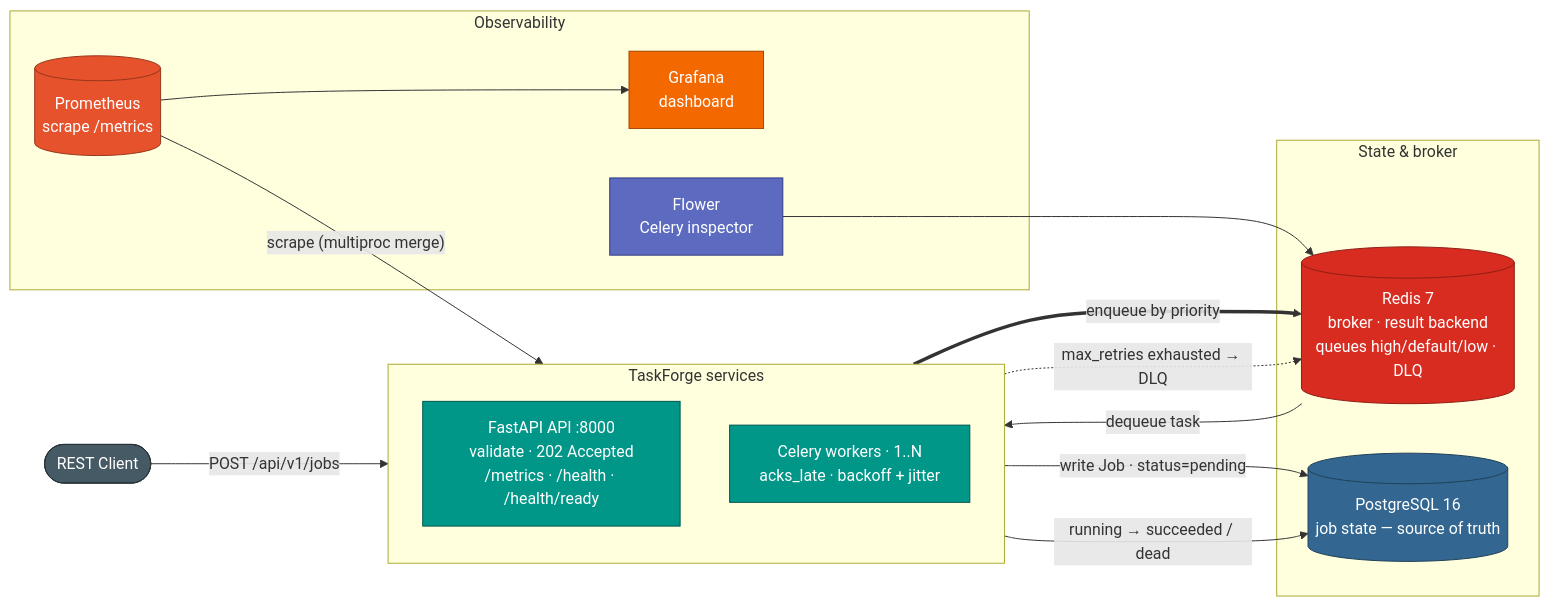
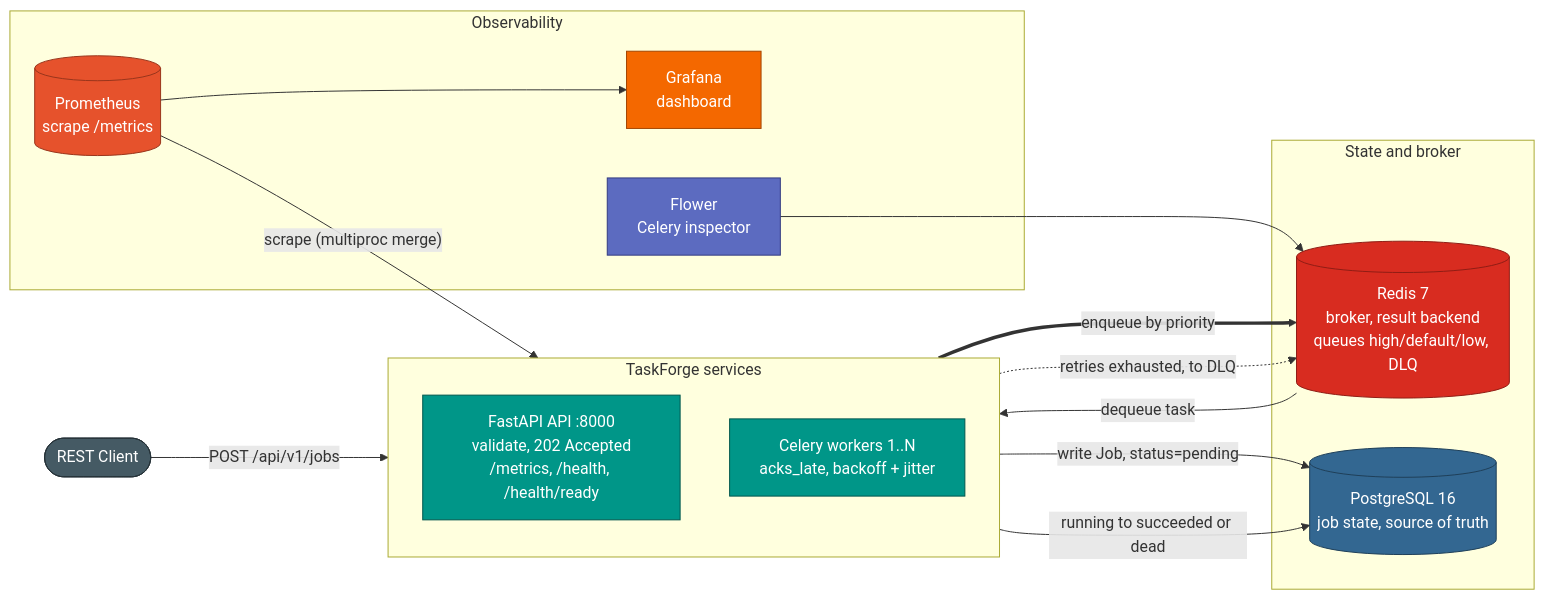
One commit to JaithraSarma/TaskForge changed the diagram in README.md. Above: the diagram before and after it, drawn with Mermaid. The commit also changed other lines of this file, not shown here.

````diff
--- a/README.md
+++ b/README.md
@@ -12,39 +20,39 @@
 ```mermaid
 flowchart LR
     client(["REST Client"]):::ext
 
     subgraph app["TaskForge services"]
         direction TB
-        api["FastAPI API :8000<br/>validate · 202 Accepted<br/>/metrics · /health · /health/ready"]:::app
-        worker["Celery workers · 1..N<br/>acks_late · backoff + jitter"]:::app
+        api["FastAPI API :8000<br/>validate, 202 Accepted<br/>/metrics, /health, /health/ready"]:::app
+        worker["Celery workers 1..N<br/>acks_late, backoff + jitter"]:::app
     end
 
-    subgraph state["State &amp; broker"]
-        redis[("Redis 7<br/>broker · result backend<br/>queues high/default/low · DLQ")]:::redis
-        pg[("PostgreSQL 16<br/>job state — source of truth")]:::pg
+    subgraph state["State and broker"]
+        redis[("Redis 7<br/>broker, result backend<br/>queues high/default/low, DLQ")]:::redis
+        pg[("PostgreSQL 16<br/>job state, source of truth")]:::pg
     end
 
     subgraph obs["Observability"]
         prom[("Prometheus<br/>scrape /metrics")]:::prom
         graf["Grafana<br/>dashboard"]:::graf
         flower["Flower<br/>Celery inspector"]:::flower
     end
 
     client -->|"POST /api/v1/jobs"| api
-    api -->|"write Job · status=pending"| pg
+    api -->|"write Job, status=pending"| pg
     api ==>|"enqueue by priority"| redis
     redis -->|"dequeue task"| worker
-    worker -->|"running → succeeded / dead"| pg
-    worker -.->|"max_retries exhausted → DLQ"| redis
+    worker -->|"running to succeeded or dead"| pg
+    worker -.->|"retries exhausted, to DLQ"| redis
     prom -->|"scrape (multiproc merge)"| api
     prom --> graf
     flower --> redis
 
     classDef ext fill:#455a64,stroke:#263238,color:#fff;
     classDef app fill:#009688,stroke:#00564d,color:#fff;
     classDef redis fill:#d82c20,stroke:#8f1d15,color:#fff;
     classDef pg fill:#336791,stroke:#1f3f59,color:#fff;
     classDef prom fill:#e6522c,stroke:#98351c,color:#fff;
     classDef graf fill:#f46800,stroke:#a34500,color:#fff;
     classDef flower fill:#5c6bc0,stroke:#333a80,color:#fff;
 ```
````
